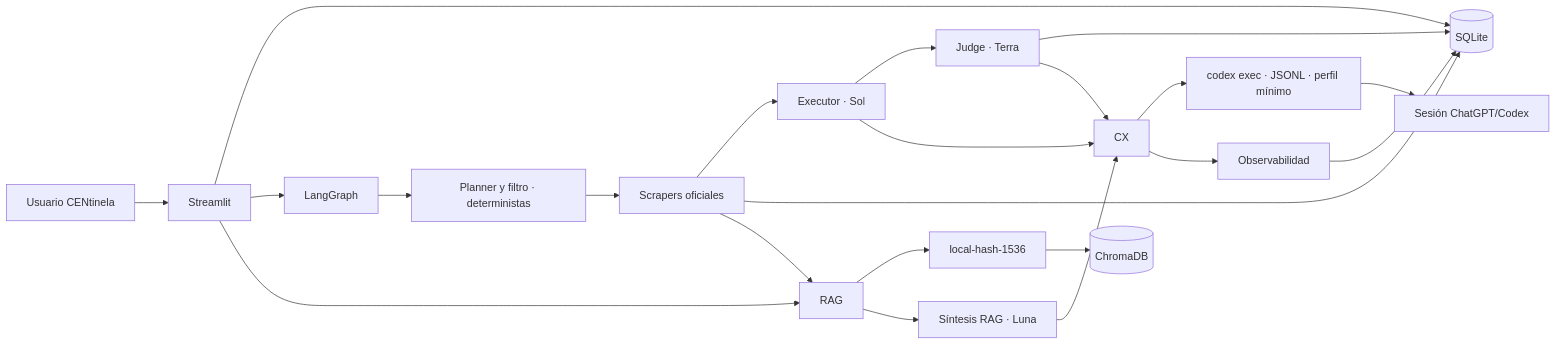
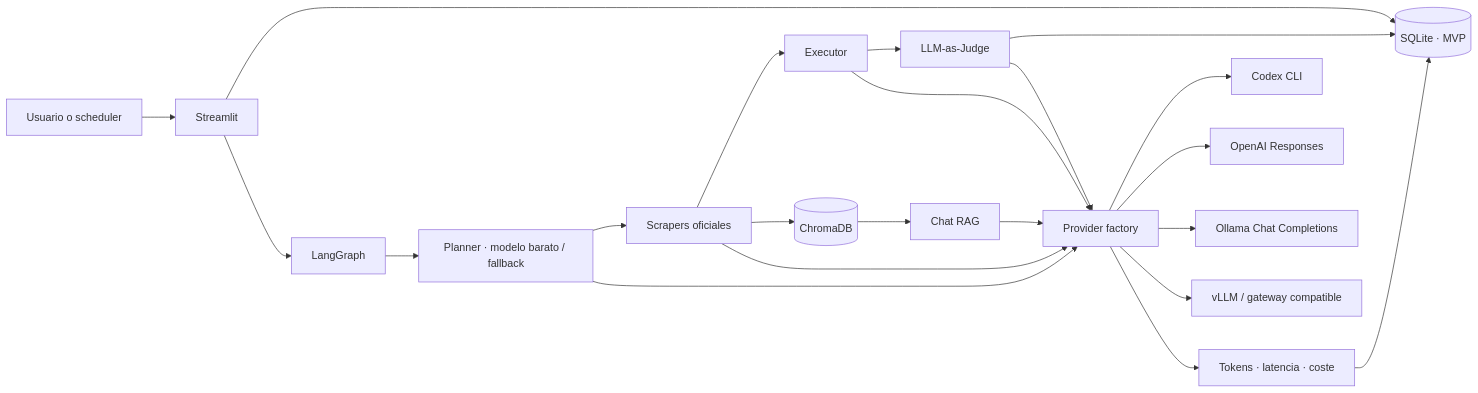
One commit to JotaTerrasa/CENtinela changed the diagram in README.md. Above: the diagram before and after it, drawn with Mermaid. The commit also changed other lines of this file and 30 other files, not shown here.

````diff
--- a/README.md
+++ b/README.md
@@ -34,24 +36,24 @@
 ```mermaid
 flowchart LR
-    U["Usuario CENtinela"] --> UI["Streamlit"]
-    UI --> DB[("SQLite")]
+    U["Usuario o scheduler"] --> UI["Streamlit"]
+    UI --> DB[("SQLite · MVP")]
     UI --> G["LangGraph"]
-    UI --> R["RAG"]
-    G --> P["Planner y filtro · deterministas"]
+    G --> P["Planner · modelo barato / fallback"]
     P --> S["Scrapers oficiales"]
-    S --> X["Executor · Sol"]
-    X --> J["Judge · Terra"]
+    S --> E["Executor"]
+    E --> J["LLM-as-Judge"]
     J --> DB
-    S --> DB
-    S --> R
-    R --> H["local-hash-1536"]
-    H --> C[("ChromaDB")]
-    R --> L["Síntesis RAG · Luna"]
-    X --> CX
-    J --> CX
-    L --> CX
-    CX --> CE["codex exec · JSONL · perfil mínimo"]
-    CE --> A["Sesión ChatGPT/Codex"]
-    CX --> O["Observabilidad"]
-    O --> DB
+    S --> V[("ChromaDB")]
+    V --> R["Chat RAG"]
+    E --> F["Provider factory"]
+    J --> F
+    R --> F
+    P --> F
+    S --> F
+    F --> C["Codex CLI"]
+    F --> O["OpenAI Responses"]
+    F --> L["Ollama Chat Completions"]
+    F --> X["vLLM / gateway compatible"]
+    F --> T["Tokens · latencia · coste"]
+    T --> DB
 ```
````
